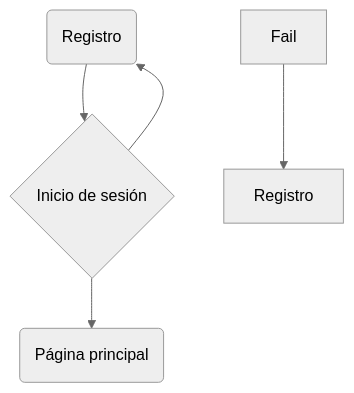
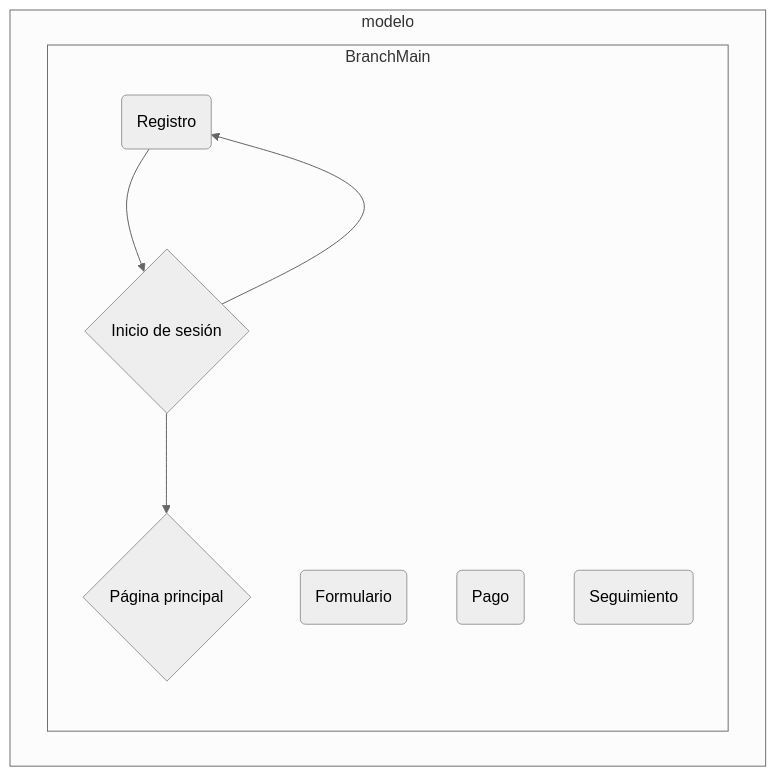
Before and after one commit to jonathanahf/Mission-FrontEnd: the diagram in Practicas_de_Intro_a_Frontend/requerimientos.md, drawn with Mermaid (neutral theme).

Commit message:
Cambios avance1

````diff
--- a/Practicas_de_Intro_a_Frontend/requerimientos.md
+++ b/Practicas_de_Intro_a_Frontend/requerimientos.md
@@ -58,11 +58,22 @@
 ```mermaid
 graph TD;
-    sa0(Registro)
-    sa1{Inicio de sesión}
-    sa2(Página principal)
-    sa0-->sa1;
-    sa1-->sa0;
-    sa1-->sa2;
-    Fail-->Registro;
+
+    subgraph modelo
+
+        subgraph BranchMain
+            sa0(Registro)
+            sa1{Inicio de sesión}
+            sa2{Página principal}
+            sa3(Formulario)
+            sa4(Pago)
+            sa5(Seguimiento)
+
+            sa0-->sa1;
+            sa1-->sa0;
+            sa1-->sa2;
+        end
+
+    end
+    
     
 ```
````
